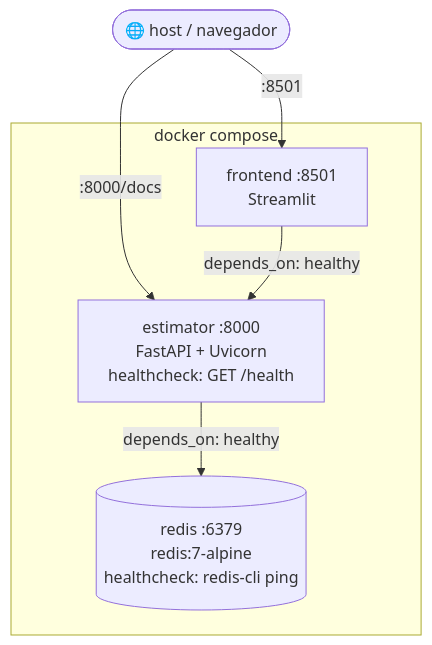
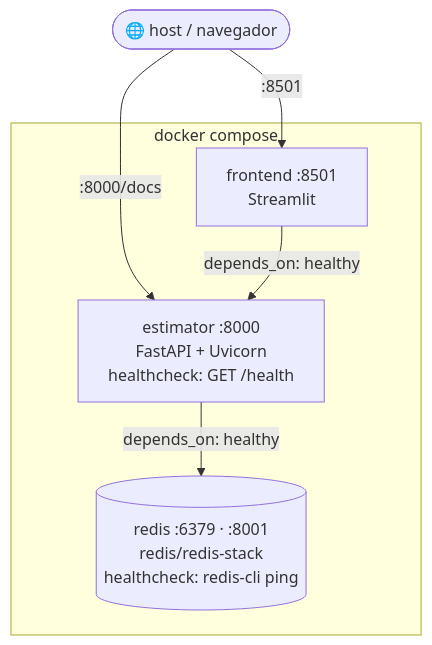
Diagram 11 of 11 in ARCHITECTURE.md (salvalcaraz080/LIDR-RAG-master), drawn with Mermaid before and after one commit. The commit also changed other lines of this file and 16 other files, not shown here.

````diff
--- a/ARCHITECTURE.md
+++ b/ARCHITECTURE.md
@@ -585,14 +632,14 @@
 ```mermaid
 flowchart TB
     subgraph compose["docker compose"]
-        redis[("redis :6379<br/>redis:7-alpine<br/>healthcheck: redis-cli ping")]
+        redis[("redis :6379 · :8001<br/>redis/redis-stack<br/>healthcheck: redis-cli ping")]
         estimator["estimator :8000<br/>FastAPI + Uvicorn<br/>healthcheck: GET /health"]
         frontend["frontend :8501<br/>Streamlit"]
     end
     host([🌐 host / navegador])
 
     host -->|":8501"| frontend
     host -->|":8000/docs"| estimator
     frontend -->|"depends_on: healthy"| estimator
     estimator -->|"depends_on: healthy"| redis
 ```
````
